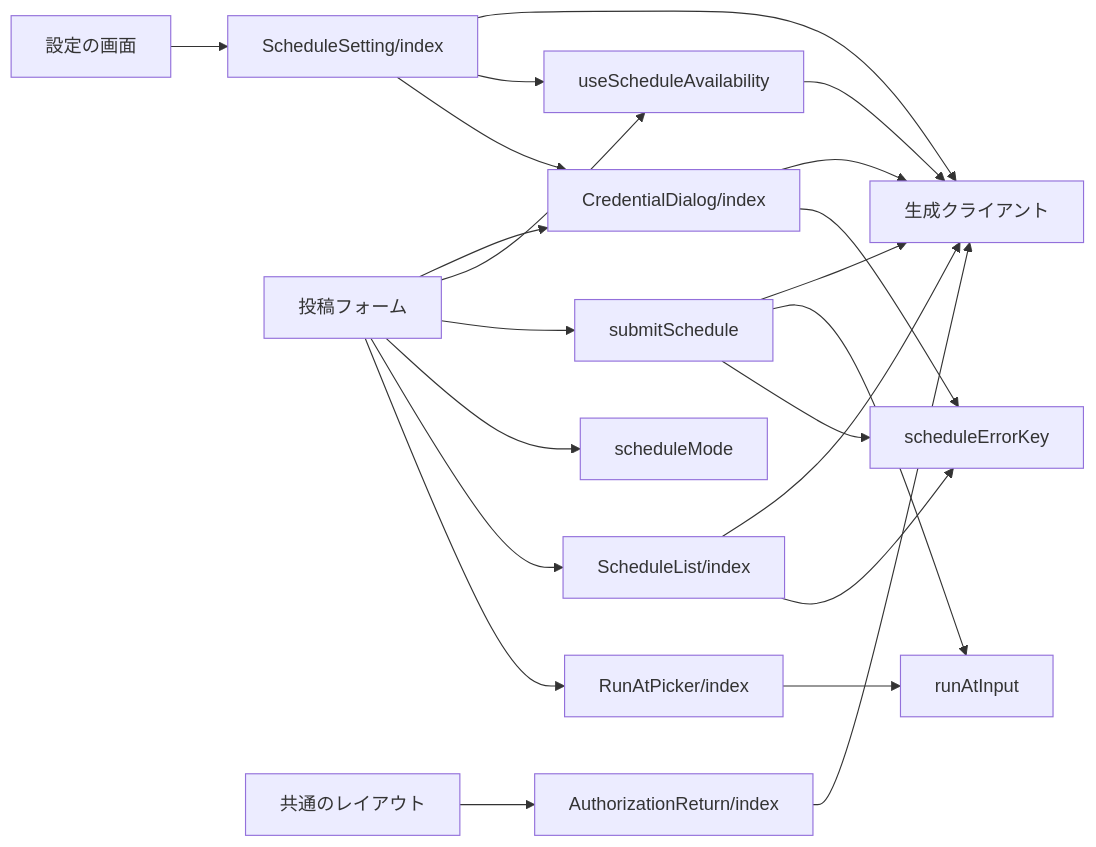
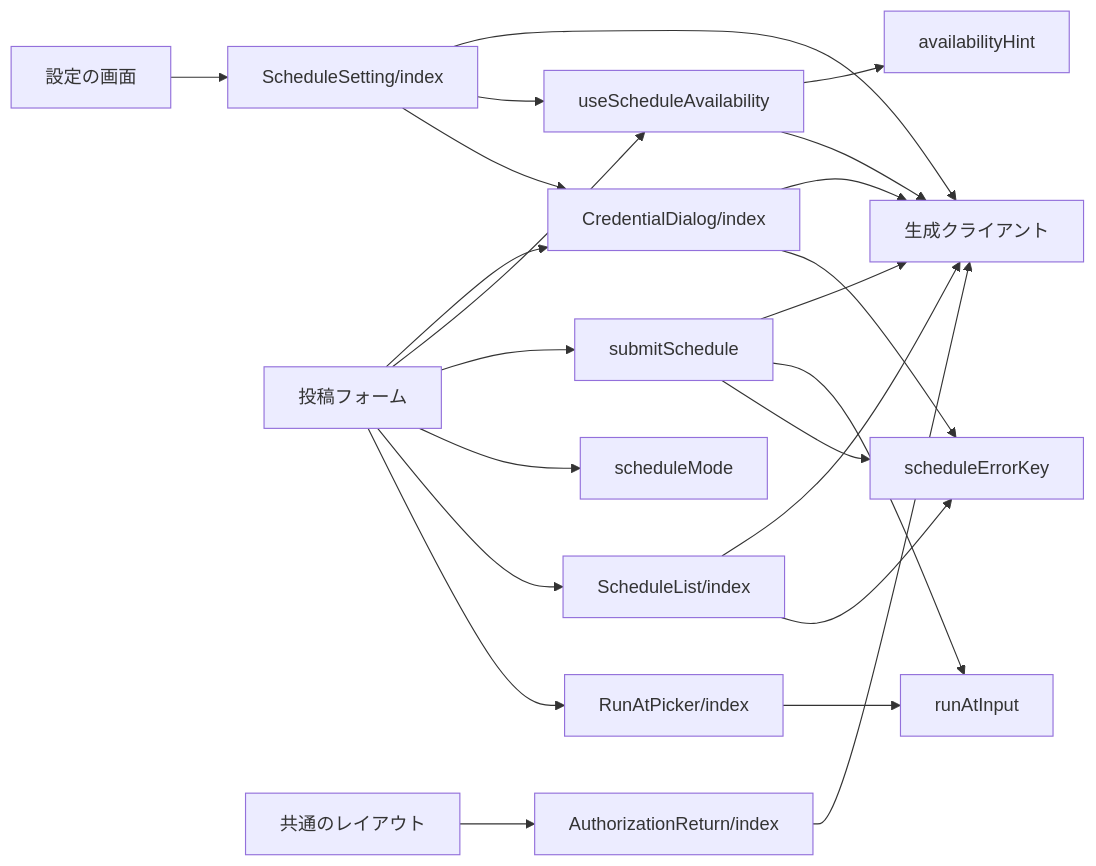
The first of 3 diagrams in specs/schedule-form/design.md (nekono-dev/skyshare), drawn with Mermaid before and after one commit. The commit also changed other lines of this file and 36 other files, not shown here.

````diff
--- a/specs/schedule-form/design.md
+++ b/specs/schedule-form/design.md
@@ -22,24 +23,25 @@
 ```mermaid
 flowchart LR
   ext_settings["設定の画面"] --> ScheduleSetting["ScheduleSetting/index"]
   ScheduleSetting --> CredentialDialog["CredentialDialog/index"]
   ScheduleSetting --> useScheduleAvailability
   ext_composer["投稿フォーム"] --> RunAtPicker["RunAtPicker/index"]
   ext_composer --> ScheduleList["ScheduleList/index"]
   ext_composer --> scheduleMode
   ext_composer --> submitSchedule
   ext_composer --> useScheduleAvailability
   RunAtPicker --> runAtInput
   ScheduleList --> scheduleErrorKey
   CredentialDialog --> scheduleErrorKey
   ext_composer --> CredentialDialog
   ext_layout["共通のレイアウト"] --> AuthorizationReturn["AuthorizationReturn/index"]
   AuthorizationReturn --> ext_client
   submitSchedule --> scheduleErrorKey
   submitSchedule --> runAtInput
   useScheduleAvailability --> ext_client["生成クライアント"]
+  useScheduleAvailability --> availabilityHint
   submitSchedule --> ext_client
   ScheduleList --> ext_client
   CredentialDialog --> ext_client
   ScheduleSetting --> ext_client
 ```
````
